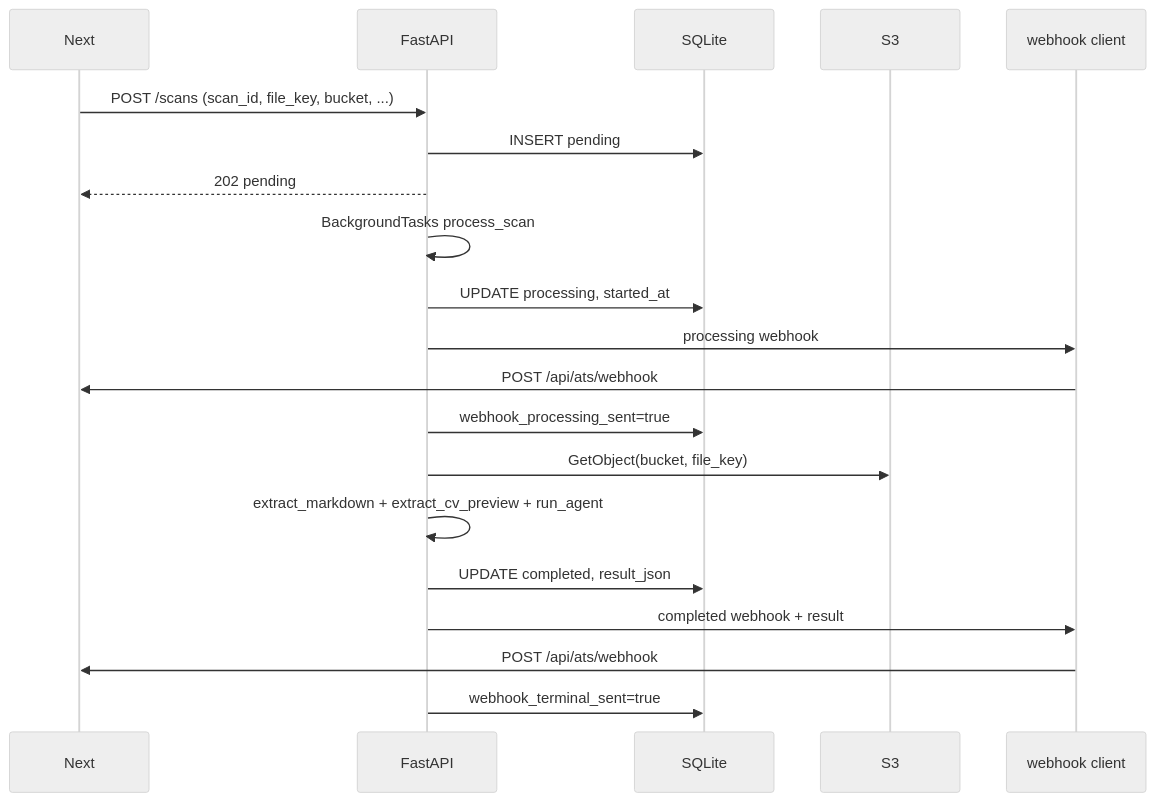
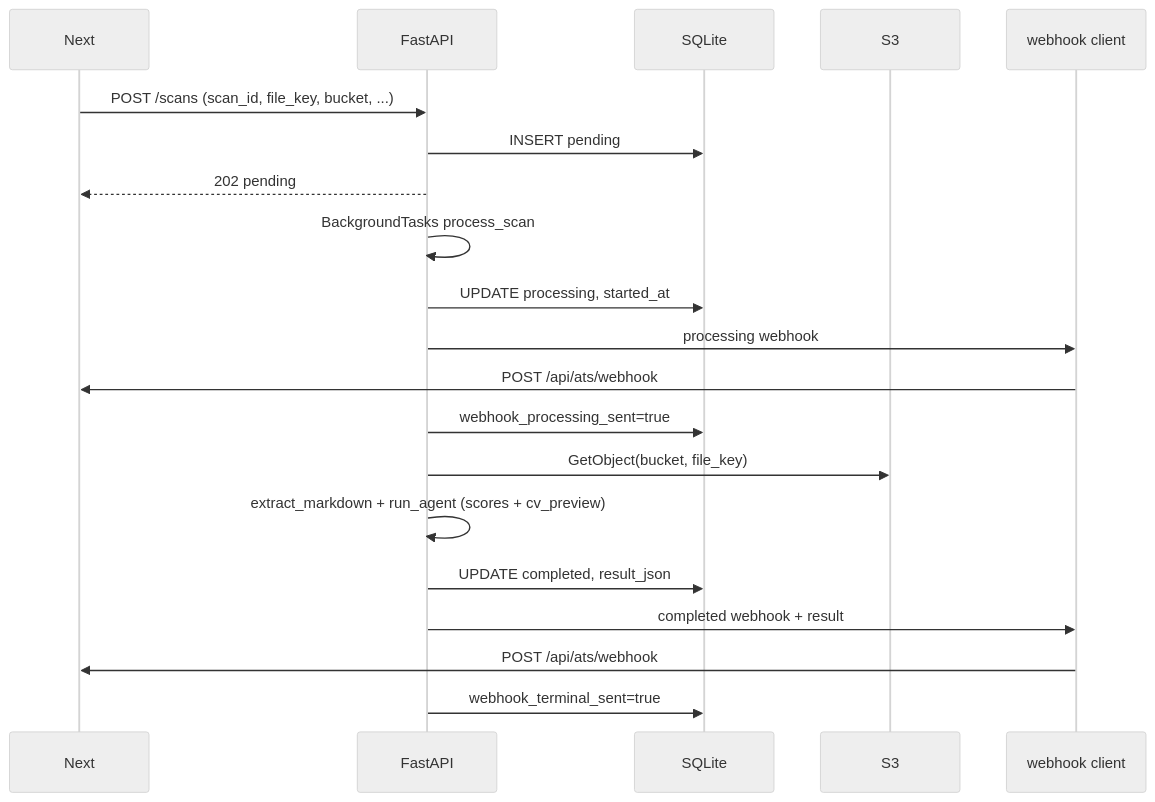
One commit to trolliama/ats-scan-mini-app-api changed the second of 3 diagrams in .specs/features/ats-scan-worker/design.md. Above: the diagram before and after it, drawn with Mermaid (neutral theme). The commit also changed other lines of this file and 4 other files, not shown here.

````diff
--- a/.specs/features/ats-scan-worker/design.md
+++ b/.specs/features/ats-scan-worker/design.md
@@ -54,25 +52,25 @@
 ```mermaid
 sequenceDiagram
     participant Next
     participant API as FastAPI
     participant DB as SQLite
     participant S3
     participant WH as webhook client
 
     Next->>API: POST /scans (scan_id, file_key, bucket, ...)
     API->>DB: INSERT pending
     API-->>Next: 202 pending
     API->>API: BackgroundTasks process_scan
 
     API->>DB: UPDATE processing, started_at
     API->>WH: processing webhook
     WH->>Next: POST /api/ats/webhook
     API->>DB: webhook_processing_sent=true
 
     API->>S3: GetObject(bucket, file_key)
-    API->>API: extract_markdown + extract_cv_preview + run_agent
+    API->>API: extract_markdown + run_agent (scores + cv_preview)
     API->>DB: UPDATE completed, result_json
     API->>WH: completed webhook + result
     WH->>Next: POST /api/ats/webhook
     API->>DB: webhook_terminal_sent=true
 ```
````
